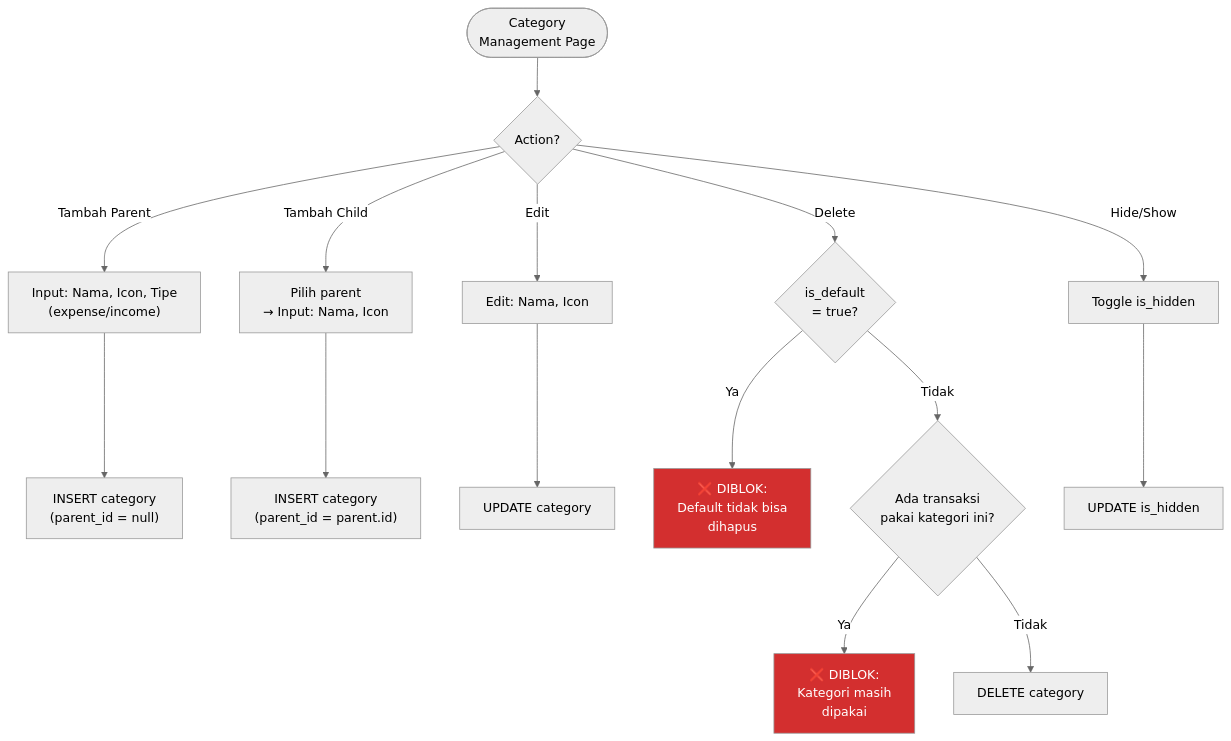
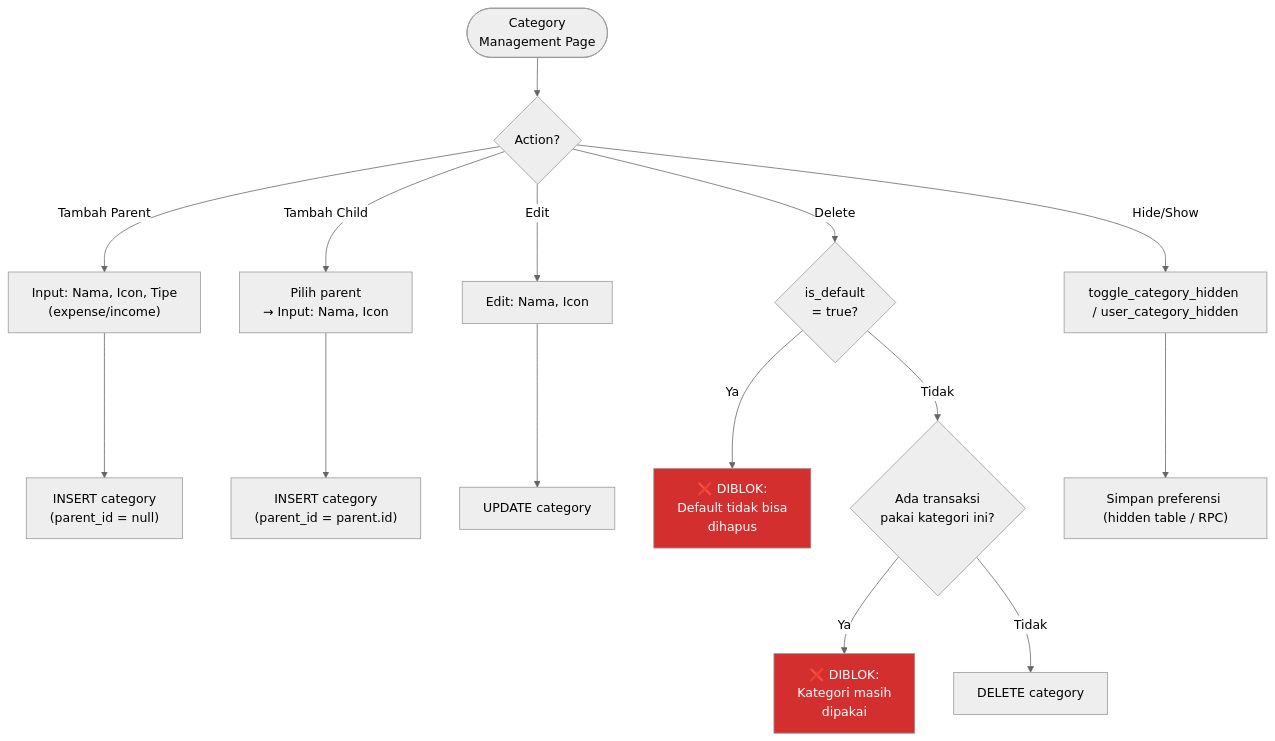
Before and after one commit to achyusuf10/Saku-Rapi-Mobile: the first of 2 diagrams in My-Wiki/raw/docs/prd/13_CATEGORIES.md, drawn with Mermaid (neutral theme). The commit also changed other lines of this file and 37 other files, not shown here.

````diff
--- a/My-Wiki/raw/docs/prd/13_CATEGORIES.md
+++ b/My-Wiki/raw/docs/prd/13_CATEGORIES.md
@@ -16,24 +18,24 @@
 ```mermaid
 flowchart TD
     A([Category\nManagement Page]) --> B{Action?}
 
     B -->|Tambah Parent| C["Input: Nama, Icon, Tipe\n(expense/income)"]
     B -->|Tambah Child| D["Pilih parent\n→ Input: Nama, Icon"]
     B -->|Edit| E["Edit: Nama, Icon"]
     B -->|Delete| F{is_default\n= true?}
-    B -->|Hide/Show| G["Toggle is_hidden"]
+    B -->|Hide/Show| G["toggle_category_hidden / user_category_hidden"]
 
     C --> H["INSERT category\n(parent_id = null)"]
     D --> I["INSERT category\n(parent_id = parent.id)"]
     E --> J["UPDATE category"]
 
     F -->|Ya| K["❌ DIBLOK:\nDefault tidak bisa\ndihapus"]
     F -->|Tidak| L{Ada transaksi\npakai kategori ini?}
     L -->|Ya| M["❌ DIBLOK:\nKategori masih\ndipakai"]
     L -->|Tidak| N["DELETE category"]
 
-    G --> O["UPDATE is_hidden"]
+    G --> O["Simpan preferensi (hidden table / RPC)"]
 
     style K fill:#d32f2f,color:#fff
     style M fill:#d32f2f,color:#fff
 ```
````
